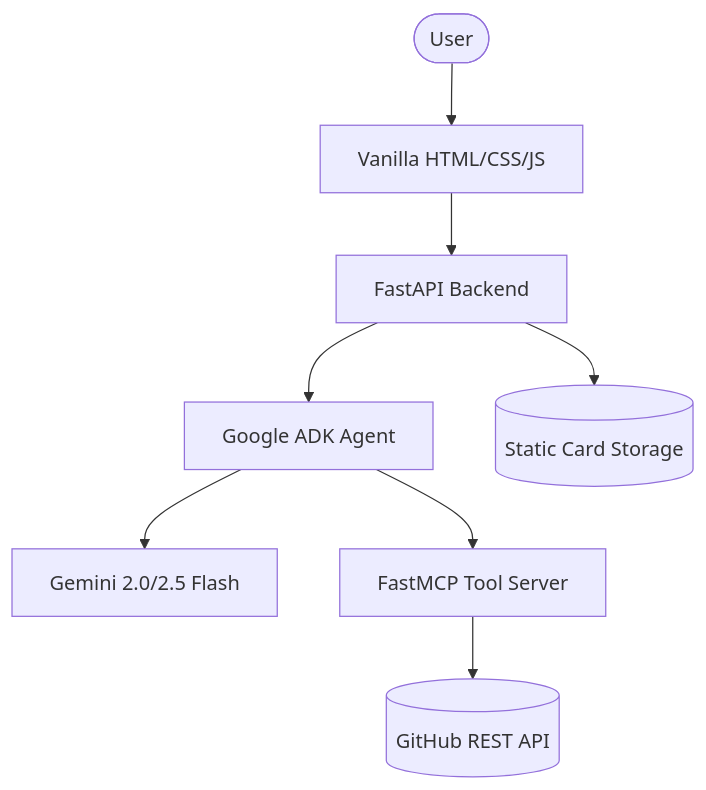
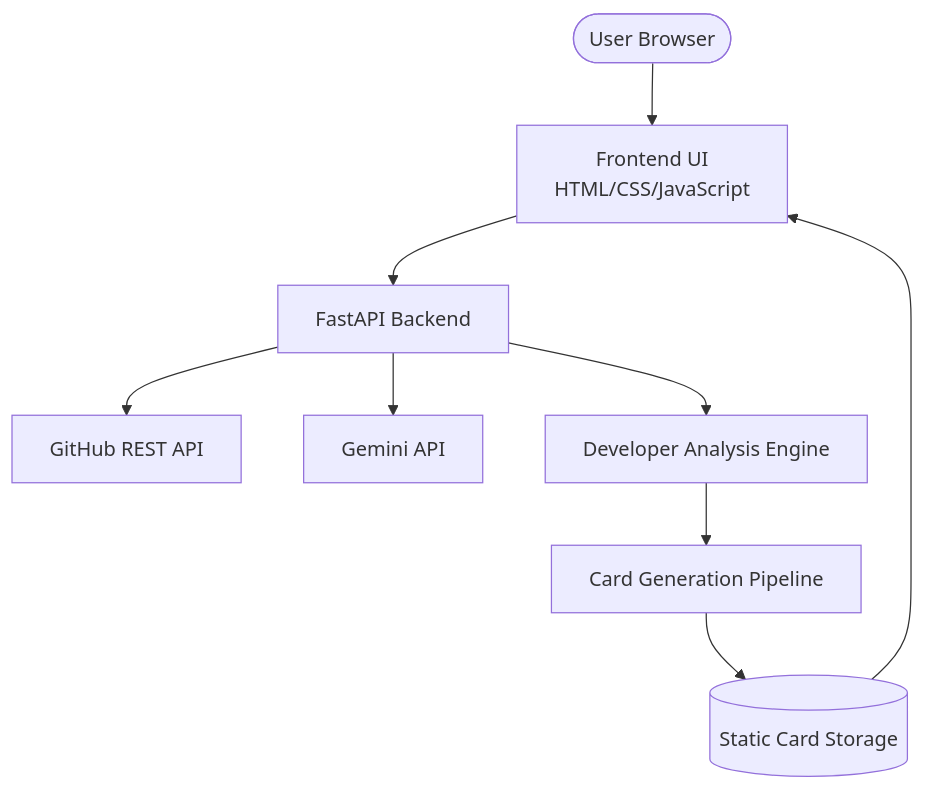
Before and after one commit to tejaswibellapu/github-devcard-ai: the diagram in README.md, drawn with Mermaid. The commit also changed other lines of this file, not shown here.

````diff
--- a/README.md
+++ b/README.md
@@ -35,10 +26,17 @@
 ```mermaid
 graph TD
-    User([User]) --> Frontend[Vanilla HTML/CSS/JS]
+    User([User Browser]) --> Frontend[Frontend UI<br/>HTML/CSS/JavaScript]
+
     Frontend --> API[FastAPI Backend]
-    API --> Agent[Google ADK Agent]
-    Agent --> Gemini[Gemini 2.0/2.5 Flash]
-    Agent --> MCP[FastMCP Tool Server]
-    MCP --> GitHub[(GitHub REST API)]
-    API --> Storage[(Static Card Storage)]
+
+    API --> GitHub[GitHub REST API]
+    API --> Gemini[Gemini API]
+
+    API --> Analysis[Developer Analysis Engine]
+
+    Analysis --> Card[Card Generation Pipeline]
+
+    Card --> Storage[(Static Card Storage)]
+
+    Storage --> Frontend
 ```
````
